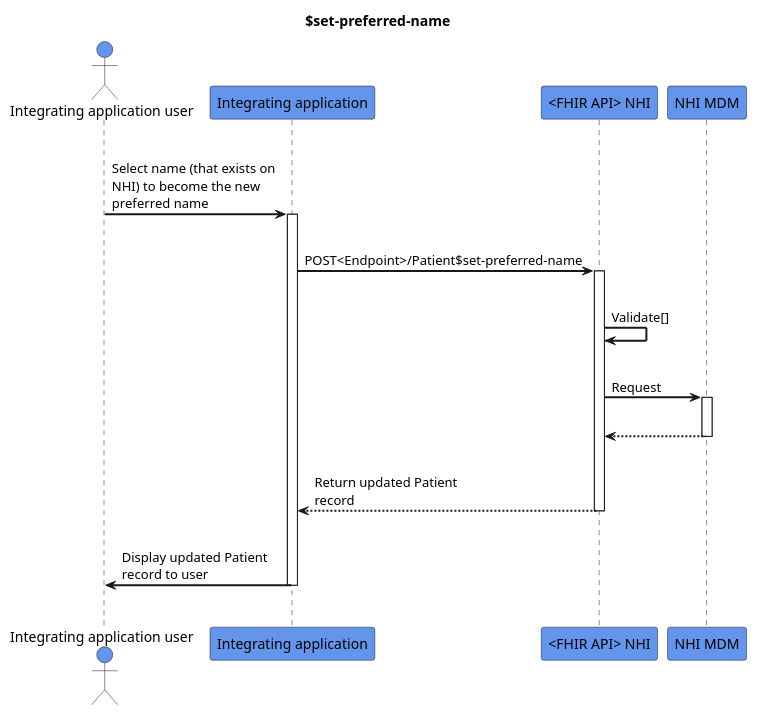
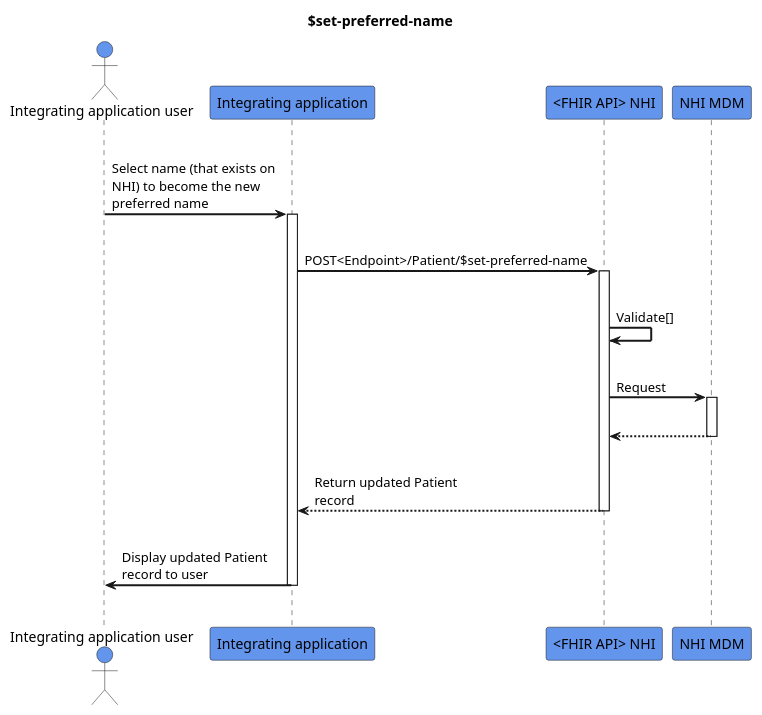
One commit to HL7NZ/nhi changed the diagram in input/images-source/set-preferred-name.plantuml. Above: the diagram before and after it, drawn with PlantUML.

```diff
--- a/input/images-source/set-preferred-name.plantuml
+++ b/input/images-source/set-preferred-name.plantuml
@@ -1,33 +1,33 @@
 @startuml
 skinparam sequenceArrowThickness 2
 skinparam roundcorner 5
 skinparam maxmessagesize 180
 skinparam sequenceParticipant bold
 title $set-preferred-name
 actor "Integrating application user" as User #CornflowerBlue
 participant "Integrating application" as A #CornflowerBlue
 participant "<FHIR API> NHI" as B #CornflowerBlue
 participant "NHI MDM" as C #CornflowerBlue
 |||
 User -> A: Select name (that exists on NHI) to become the new preferred name
 activate A
 |||
-A -> B: POST<Endpoint>/Patient$set-preferred-name
+A -> B: POST<Endpoint>/Patient/$set-preferred-name
 activate B
 |||
 B -> B: Validate[]
 |||
 B -> C: Request
 activate C
 |||
 
 C -[dashed]-> B
 deactivate C
 |||
 B -[dashed]-> A: Return updated Patient record
 deactivate B
 |||
 A -> User: Display updated Patient record to user
 deactivate A
 |||
 @enduml
```
